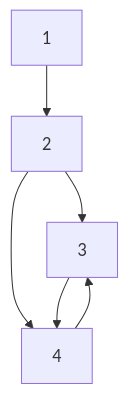
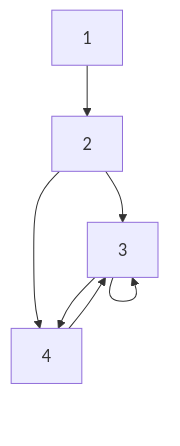
One commit to TuringLang/JuliaBUGS.jl changed the fourth of 5 diagrams in performance_investigation/4_investigate_souce_generation.md. Above: the diagram before and after it, drawn with Mermaid. The commit also changed other lines of this file and 7 other files, not shown here.

````diff
--- a/performance_investigation/4_investigate_souce_generation.md
+++ b/performance_investigation/4_investigate_souce_generation.md
@@ -289,8 +288,9 @@
 ```mermaid
 flowchart TD
     1 --> 2
     2 --> 3
+    3 --> 3
     2 --> 4
     3 --> 4
     4 --> 3
 ```
````
